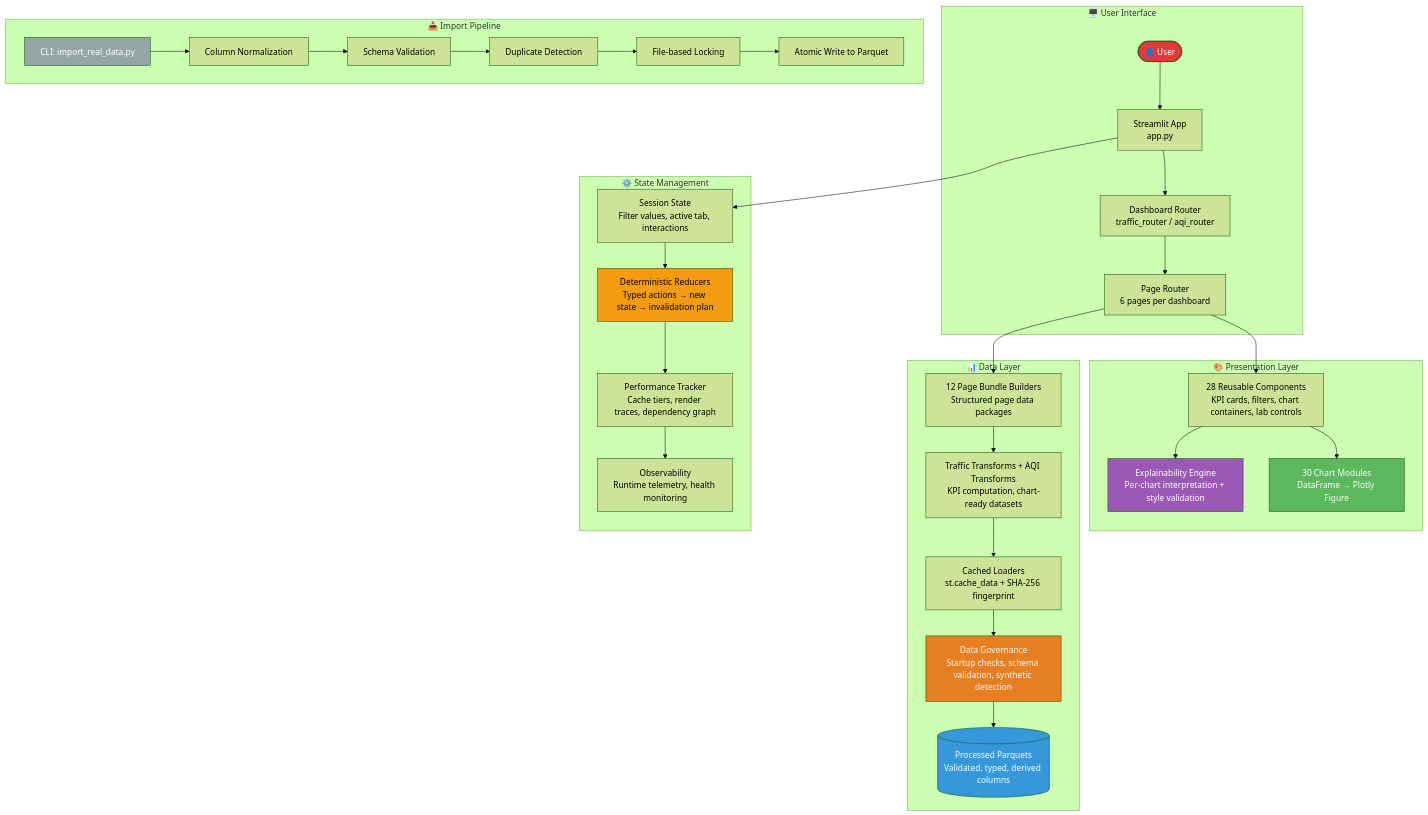
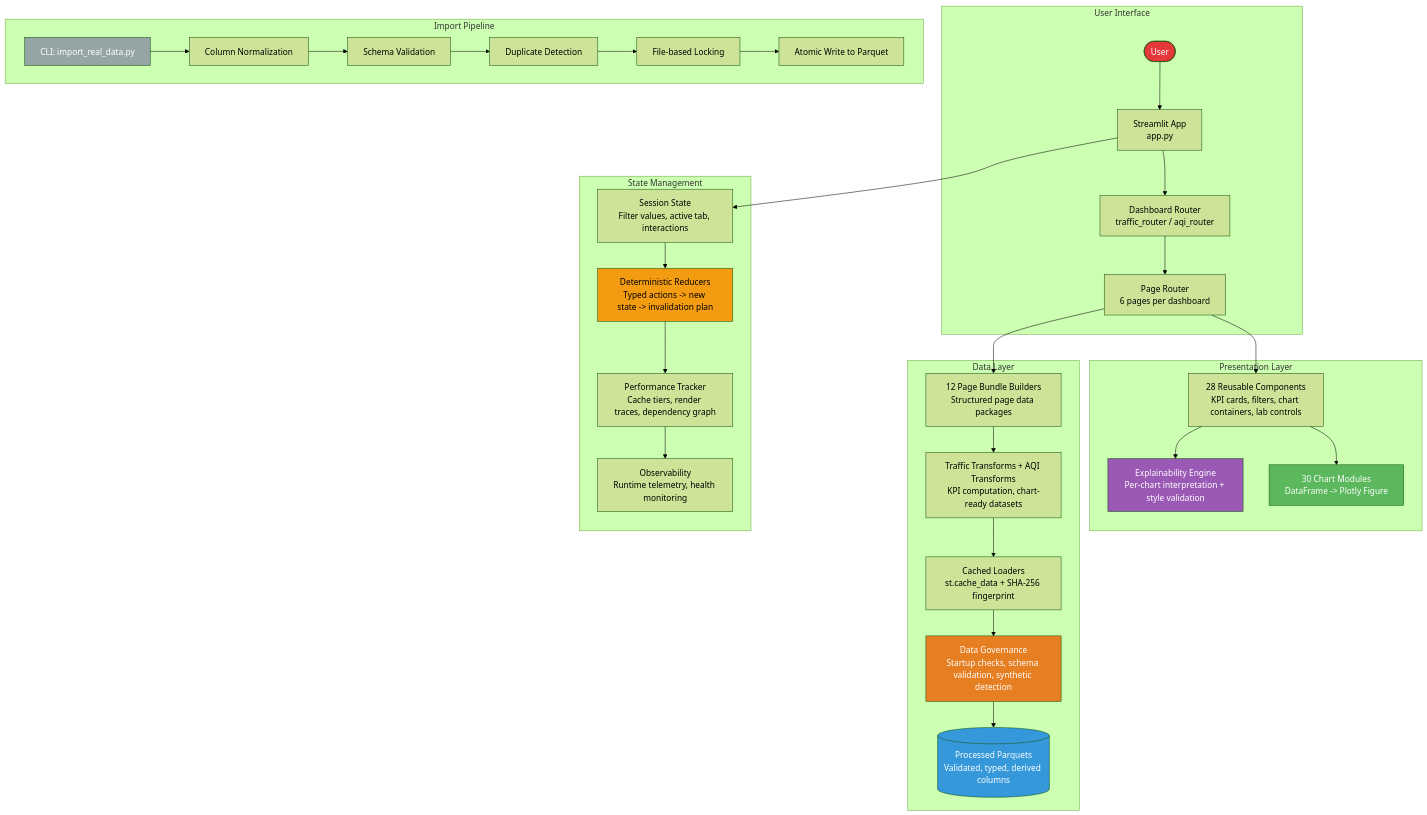
One commit to aajay101/DADV-Project changed the diagram in docs/diagrams/system_architecture.md. Above: the diagram before and after it, drawn with Mermaid (forest theme). The commit also changed 6 other files, not shown here.

````diff
--- a/docs/diagrams/system_architecture.md
+++ b/docs/diagrams/system_architecture.md
@@ -5,45 +5,45 @@
 ```mermaid
 graph TB
-    subgraph UI["🖥️ User Interface"]
-        User([👤 User]) --> App[Streamlit App<br/>app.py]
-        App --> Router[Dashboard Router<br/>traffic_router / aqi_router]
-        Router --> Pages[Page Router<br/>6 pages per dashboard]
+    subgraph UI["User Interface"]
+        User([User]) --> App["Streamlit App<br>app.py"]
+        App --> Router["Dashboard Router<br>traffic_router / aqi_router"]
+        Router --> Pages["Page Router<br>6 pages per dashboard"]
     end
 
-    subgraph Presentation["🎨 Presentation Layer"]
-        Pages --> Components[28 Reusable Components<br/>KPI cards, filters, chart containers, lab controls]
-        Components --> Charts[30 Chart Modules<br/>DataFrame → Plotly Figure]
-        Components --> Explainability[Explainability Engine<br/>Per-chart interpretation + style validation]
+    subgraph Presentation["Presentation Layer"]
+        Pages --> Components["28 Reusable Components<br>KPI cards, filters, chart containers, lab controls"]
+        Components --> Charts["30 Chart Modules<br>DataFrame -> Plotly Figure"]
+        Components --> Explainability["Explainability Engine<br>Per-chart interpretation + style validation"]
     end
 
-    subgraph State["⚙️ State Management"]
-        App --> SessionState[Session State<br/>Filter values, active tab, interactions]
-        SessionState --> Reducers[Deterministic Reducers<br/>Typed actions → new state → invalidation plan]
-        Reducers --> Performance[Performance Tracker<br/>Cache tiers, render traces, dependency graph]
-        Performance --> Observability[Observability<br/>Runtime telemetry, health monitoring]
+    subgraph State["State Management"]
+        App --> SessionState["Session State<br>Filter values, active tab, interactions"]
+        SessionState --> Reducers["Deterministic Reducers<br>Typed actions -> new state -> invalidation plan"]
+        Reducers --> Performance["Performance Tracker<br>Cache tiers, render traces, dependency graph"]
+        Performance --> Observability["Observability<br>Runtime telemetry, health monitoring"]
     end
 
-    subgraph Data["📊 Data Layer"]
-        Pages --> Bundles[12 Page Bundle Builders<br/>Structured page data packages]
-        Bundles --> Transforms[Traffic Transforms + AQI Transforms<br/>KPI computation, chart-ready datasets]
-        Transforms --> Loaders[Cached Loaders<br/>st.cache_data + SHA-256 fingerprint]
-        Loaders --> Governance[Data Governance<br/>Startup checks, schema validation, synthetic detection]
-        Governance --> Storage[(Processed Parquets<br/>Validated, typed, derived columns)]
+    subgraph Data["Data Layer"]
+        Pages --> Bundles["12 Page Bundle Builders<br>Structured page data packages"]
+        Bundles --> Transforms["Traffic Transforms + AQI Transforms<br>KPI computation, chart-ready datasets"]
+        Transforms --> Loaders["Cached Loaders<br>st.cache_data + SHA-256 fingerprint"]
+        Loaders --> Governance["Data Governance<br>Startup checks, schema validation, synthetic detection"]
+        Governance --> Storage[("Processed Parquets<br>Validated, typed, derived columns")]
     end
 
-    subgraph Import["📥 Import Pipeline"]
+    subgraph Import["Import Pipeline"]
         CLI[CLI: import_real_data.py] --> Normalize[Column Normalization]
         Normalize --> Validate[Schema Validation]
         Validate --> Dedup[Duplicate Detection]
         Dedup --> Lock[File-based Locking]
         Lock --> Write[Atomic Write to Parquet]
     end
 
     style User fill:#E5383B,color:#fff
     style Charts fill:#5CB85C,color:#fff
     style Explainability fill:#9B59B6,color:#fff
     style Reducers fill:#F39C12,color:#000
     style Governance fill:#E67E22,color:#fff
     style Storage fill:#3498DB,color:#fff
     style CLI fill:#95A5A6,color:#fff
 ```
````
